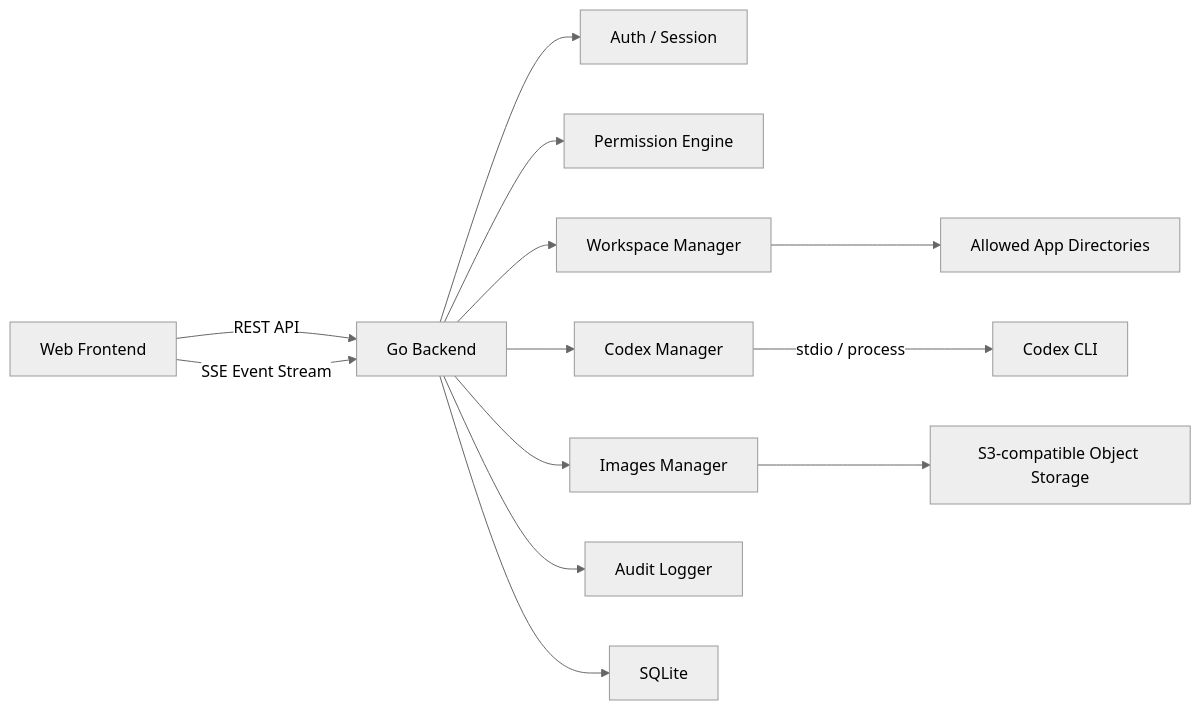
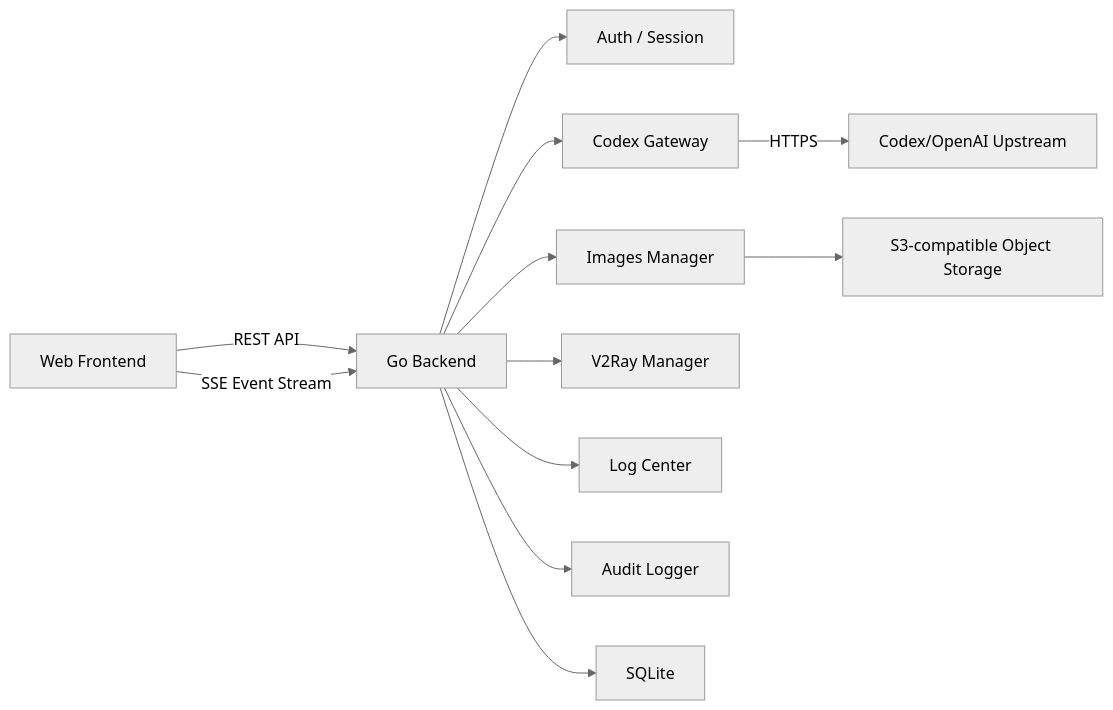
The first of 2 diagrams in docs/personal-web-terminal-technical-design.md (NageNalock/phantom-lancer), drawn with Mermaid (neutral theme) before and after one commit. The commit also changed other lines of this file and 36 other files, not shown here.

````diff
--- a/docs/personal-web-terminal-technical-design.md
+++ b/docs/personal-web-terminal-technical-design.md
@@ -23,15 +24,14 @@
 ```mermaid
 flowchart LR
   Browser["Web Frontend"] -->|REST API| Backend["Go Backend"]
   Browser -->|SSE Event Stream| Backend
   Backend --> Auth["Auth / Session"]
-  Backend --> Permission["Permission Engine"]
-  Backend --> Workspace["Workspace Manager"]
-  Backend --> Codex["Codex Manager"]
+  Backend --> Gateway["Codex Gateway"]
   Backend --> Images["Images Manager"]
+  Backend --> V2Ray["V2Ray Manager"]
+  Backend --> Logs["Log Center"]
   Backend --> Audit["Audit Logger"]
   Backend --> Store["SQLite"]
   Images --> ObjectStore["S3-compatible Object Storage"]
-  Codex -->|stdio / process| CLI["Codex CLI"]
-  Workspace --> Apps["Allowed App Directories"]
+  Gateway -->|HTTPS| OpenAIUpstream["Codex/OpenAI Upstream"]
 ```
````
